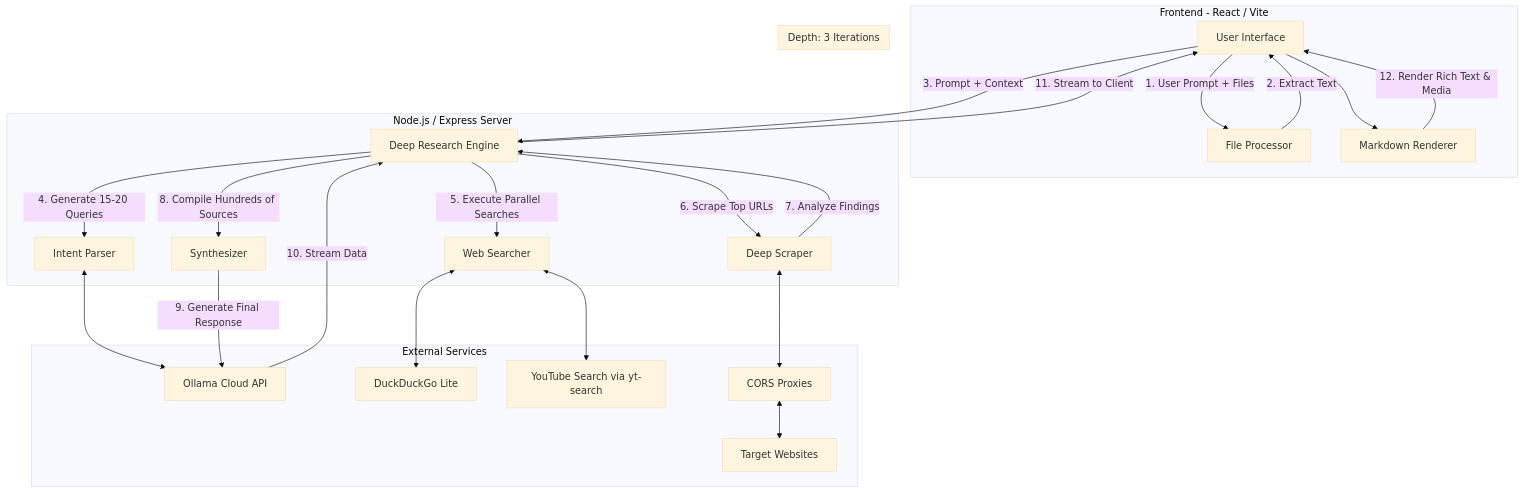
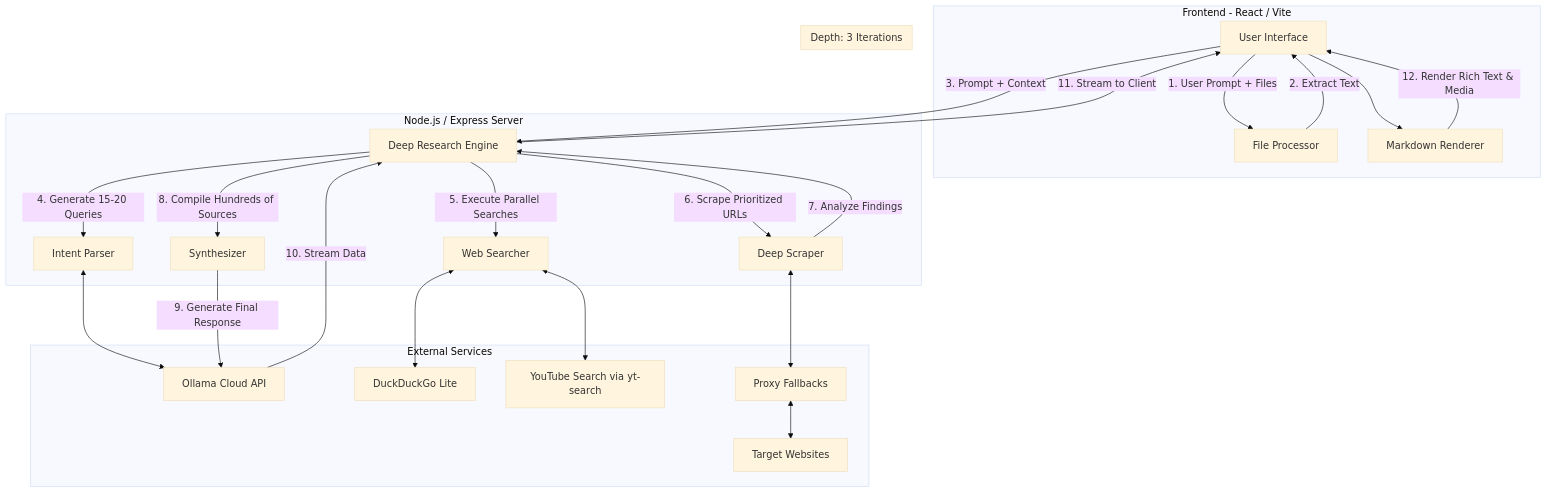
The diagram in README.md (AL-MARID/Lorph), drawn with Mermaid (base theme) before and after one commit. The commit also changed other lines of this file, not shown here.

````diff
--- a/README.md
+++ b/README.md
@@ -20,52 +20,52 @@
 ```mermaid
 flowchart TB
     subgraph Client [Frontend - React / Vite]
         UI[User Interface]
         FP[File Processor]
         MD[Markdown Renderer]
     end
 
     subgraph Backend [Node.js / Express Server]
         DRE[Deep Research Engine]
         IP[Intent Parser]
         WS[Web Searcher]
         DS[Deep Scraper]
         SYN[Synthesizer]
     end
 
     subgraph External [External Services]
         OLLAMA[Ollama Cloud API]
         DDG[DuckDuckGo Lite]
         YT[YouTube Search via yt-search]
         WEB[Target Websites]
-        PROXIES[CORS Proxies]
+        PROXIES[Proxy Fallbacks]
     end
 
     UI -- "1. User Prompt + Files" --> FP
     FP -- "2. Extract Text" --> UI
     UI -- "3. Prompt + Context" --> DRE
     
     %% Iterative Research Loop
     subgraph Research Loop [Depth: 3 Iterations]
         DRE -- "4. Generate 15-20 Queries" --> IP
         IP <--> OLLAMA
         
         DRE -- "5. Execute Parallel Searches" --> WS
         WS <--> DDG
         WS <--> YT
         
-        DRE -- "6. Scrape Top URLs" --> DS
+        DRE -- "6. Scrape Prioritized URLs" --> DS
         DS <--> PROXIES
         PROXIES <--> WEB
         
         DS -- "7. Analyze Findings" --> DRE
     end
     
     DRE -- "8. Compile Hundreds of Sources" --> SYN
     SYN -- "9. Generate Final Response" --> OLLAMA
     OLLAMA -- "10. Stream Data" --> DRE
     
     DRE -- "11. Stream to Client" --> UI
     UI --> MD
     MD -- "12. Render Rich Text & Media" --> UI
 ```
````
